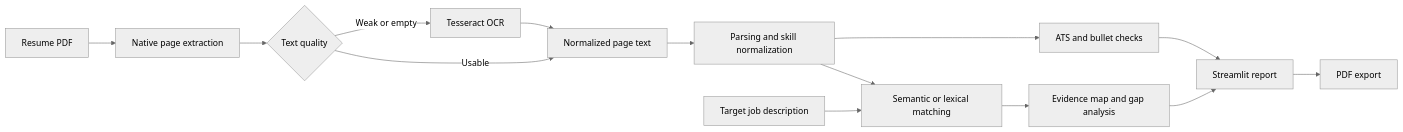
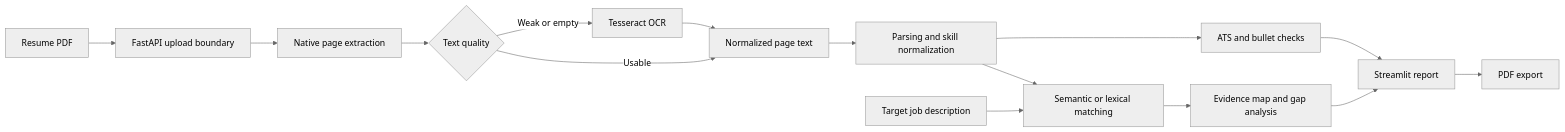
One commit to rammohanrediee/AI-Resume-Analyzer changed the first of 2 diagrams in README.md. Above: the diagram before and after it, drawn with Mermaid (neutral theme). The commit also changed other lines of this file and 16 other files, not shown here.

Commit message:
move PDF extraction behind FastAPI

````diff
--- a/README.md
+++ b/README.md
@@ -72,16 +73,17 @@
 ```mermaid
 flowchart LR
-    A[Resume PDF] --> B[Native page extraction]
+    A[Resume PDF] --> API[FastAPI upload boundary]
+    API --> B[Native page extraction]
     B --> C{Text quality}
     C -->|Usable| D[Normalized page text]
     C -->|Weak or empty| E[Tesseract OCR]
     E --> D
     D --> F[Parsing and skill normalization]
     G[Target job description] --> H[Semantic or lexical matching]
     F --> H
     F --> I[ATS and bullet checks]
     H --> J[Evidence map and gap analysis]
     I --> K[Streamlit report]
     J --> K
     K --> L[PDF export]
 ```
````
